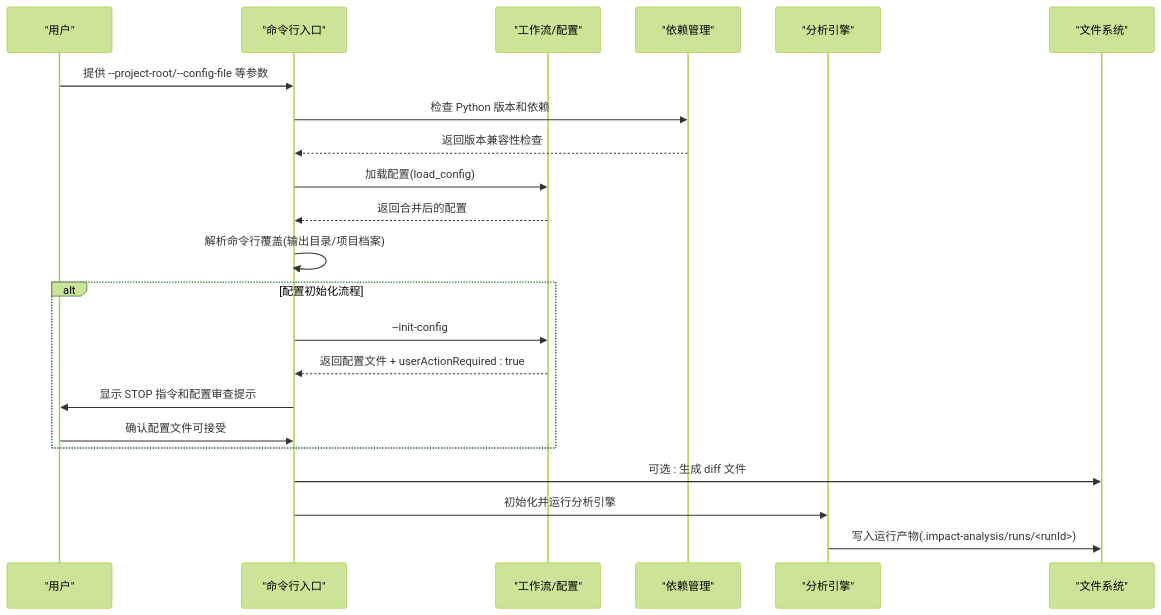
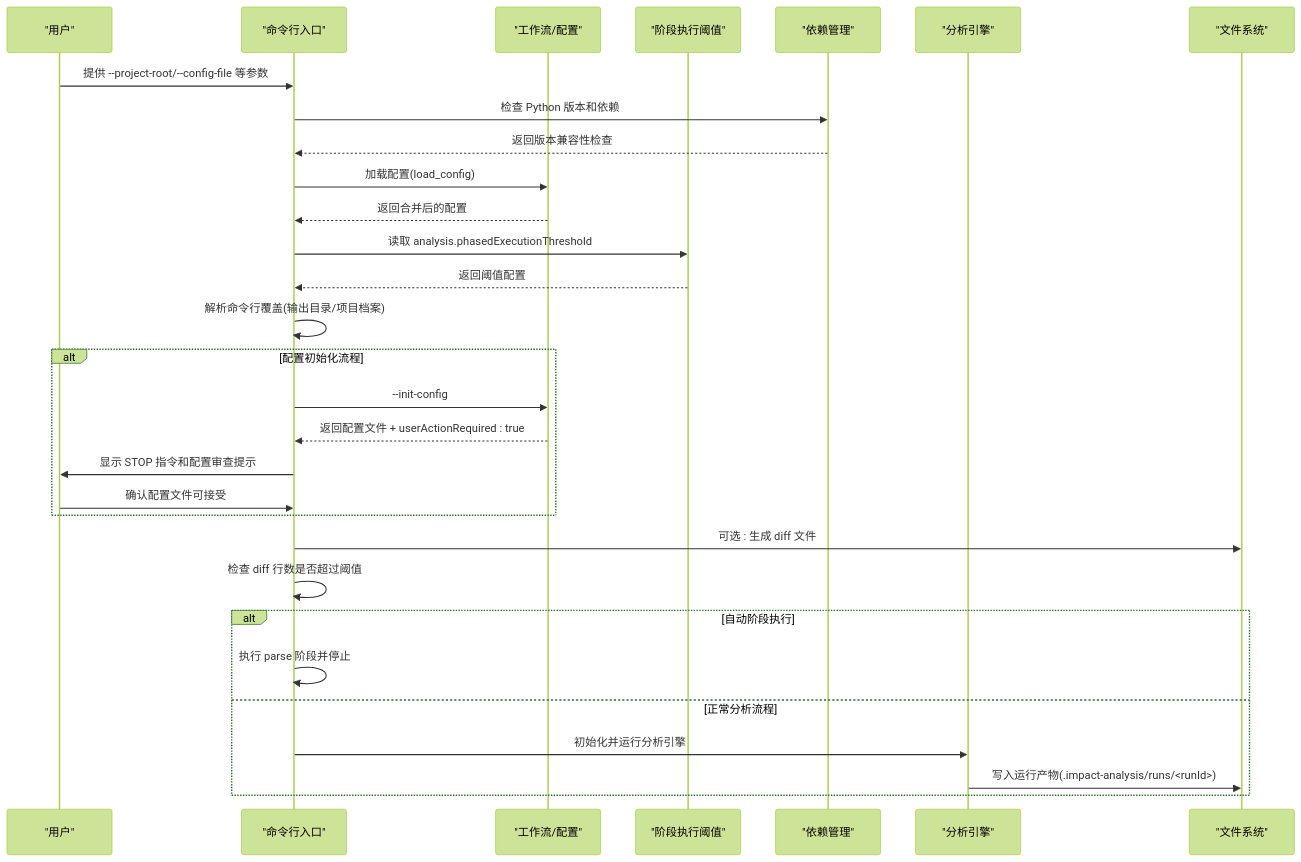
The second of 3 diagrams in .qoder/repowiki/zh/content/API参考/配置选项.md (brand-new-remo/frontend-impact-analyzer), drawn with Mermaid (forest theme) before and after one commit. The commit also changed other lines of this file and 8 other files, not shown here.

````diff
--- a/.qoder/repowiki/zh/content/API参考/配置选项.md
+++ b/.qoder/repowiki/zh/content/API参考/配置选项.md
@@ -96,24 +99,32 @@
 ```mermaid
 sequenceDiagram
 participant U as "用户"
 participant CLI as "命令行入口"
 participant WF as "工作流/配置"
+participant PH as "阶段执行阈值"
 participant UV as "依赖管理"
 participant ENG as "分析引擎"
 participant FS as "文件系统"
 U->>CLI : 提供 --project-root/--config-file 等参数
 CLI->>UV : 检查 Python 版本和依赖
 UV-->>CLI : 返回版本兼容性检查
 CLI->>WF : 加载配置(load_config)
 WF-->>CLI : 返回合并后的配置
+CLI->>PH : 读取 analysis.phasedExecutionThreshold
+PH-->>CLI : 返回阈值配置
 CLI->>CLI : 解析命令行覆盖(输出目录/项目档案)
 alt 配置初始化流程
 CLI->>WF : --init-config
 WF-->>CLI : 返回配置文件 + userActionRequired : true
 CLI->>U : 显示 STOP 指令和配置审查提示
 U->>CLI : 确认配置文件可接受
 end
 CLI->>FS : 可选 : 生成 diff 文件
+CLI->>CLI : 检查 diff 行数是否超过阈值
+alt 自动阶段执行
+CLI->>CLI : 执行 parse 阶段并停止
+else 正常分析流程
 CLI->>ENG : 初始化并运行分析引擎
 ENG->>FS : 写入运行产物(.impact-analysis/runs/<runId>)
+end
 ```
````
